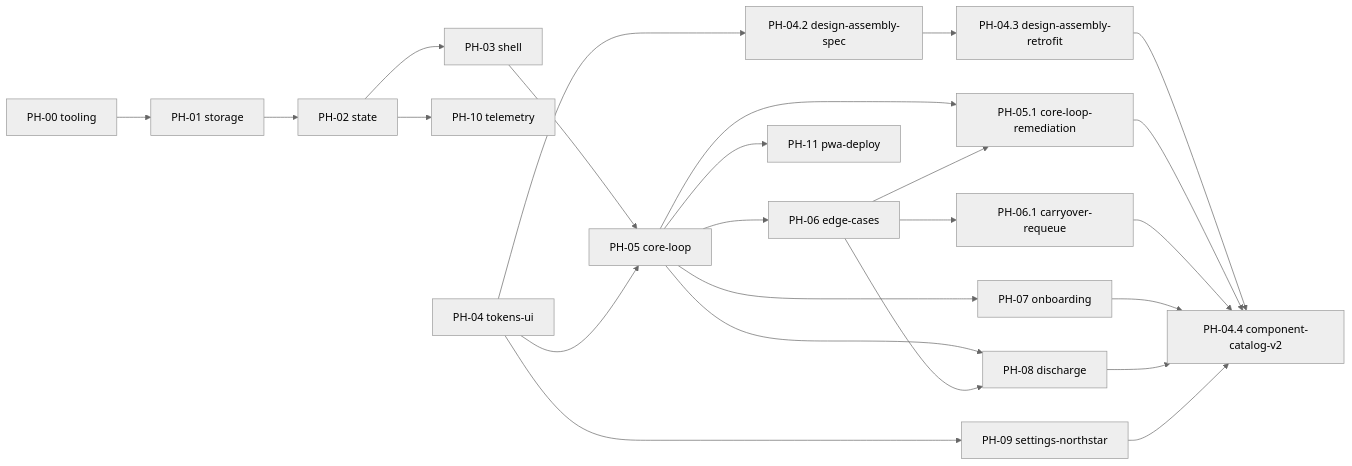
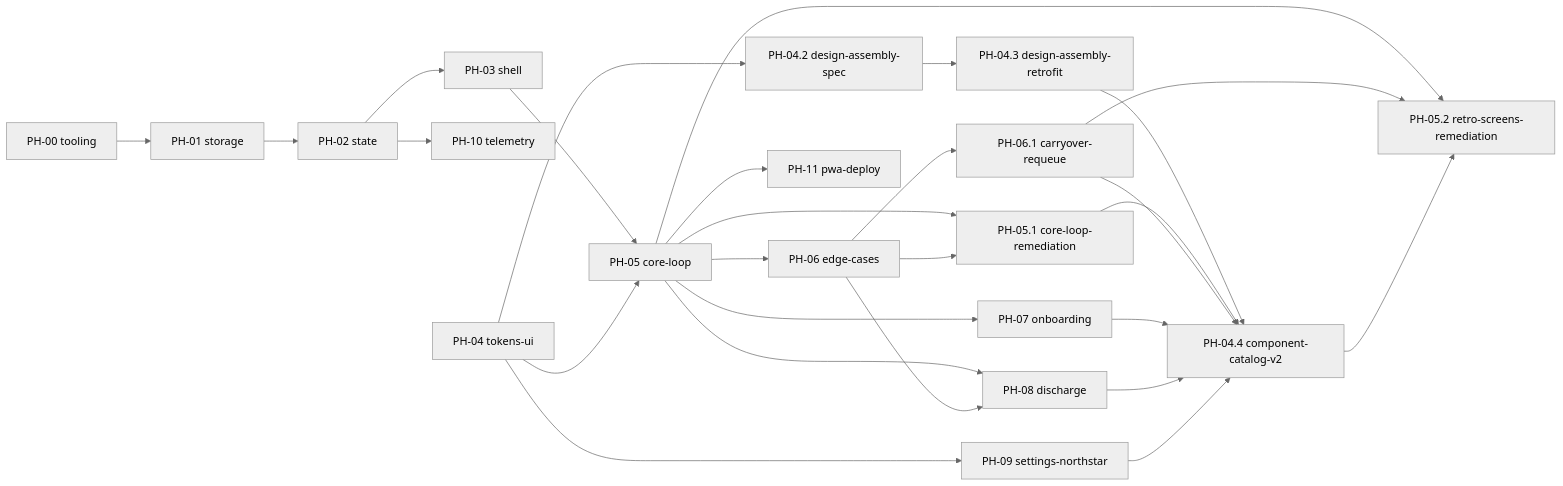
The diagram in docs/phases/README.md (Sparrowlim/com-pace), drawn with Mermaid (neutral theme) before and after one commit. The commit also changed other lines of this file and 12 other files, not shown here.

````diff
--- a/docs/phases/README.md
+++ b/docs/phases/README.md
@@ -109,26 +110,29 @@
 ```mermaid
 flowchart LR
   PH00[PH-00 tooling] --> PH01[PH-01 storage]
   PH01 --> PH02[PH-02 state]
   PH02 --> PH03[PH-03 shell]
   PH02 --> PH10[PH-10 telemetry]
   PH03 --> PH05[PH-05 core-loop]
   PH04[PH-04 tokens-ui] --> PH05
   PH04 --> PH042[PH-04.2 design-assembly-spec]
   PH042 --> PH043[PH-04.3 design-assembly-retrofit]
   PH05 --> PH06[PH-06 edge-cases]
   PH05 --> PH07[PH-07 onboarding]
   PH05 --> PH08[PH-08 discharge]
   PH05 --> PH051[PH-05.1 core-loop-remediation]
   PH06 --> PH051
   PH06 --> PH061[PH-06.1 carryover-requeue]
   PH06 --> PH08
   PH04 --> PH09[PH-09 settings-northstar]
   PH05 --> PH11[PH-11 pwa-deploy]
   PH043 --> PH044[PH-04.4 component-catalog-v2]
   PH051 --> PH044
   PH061 --> PH044
   PH07 --> PH044
   PH08 --> PH044
   PH09 --> PH044
+  PH05 --> PH052[PH-05.2 retro-screens-remediation]
+  PH061 --> PH052
+  PH044 --> PH052
 ```
````
